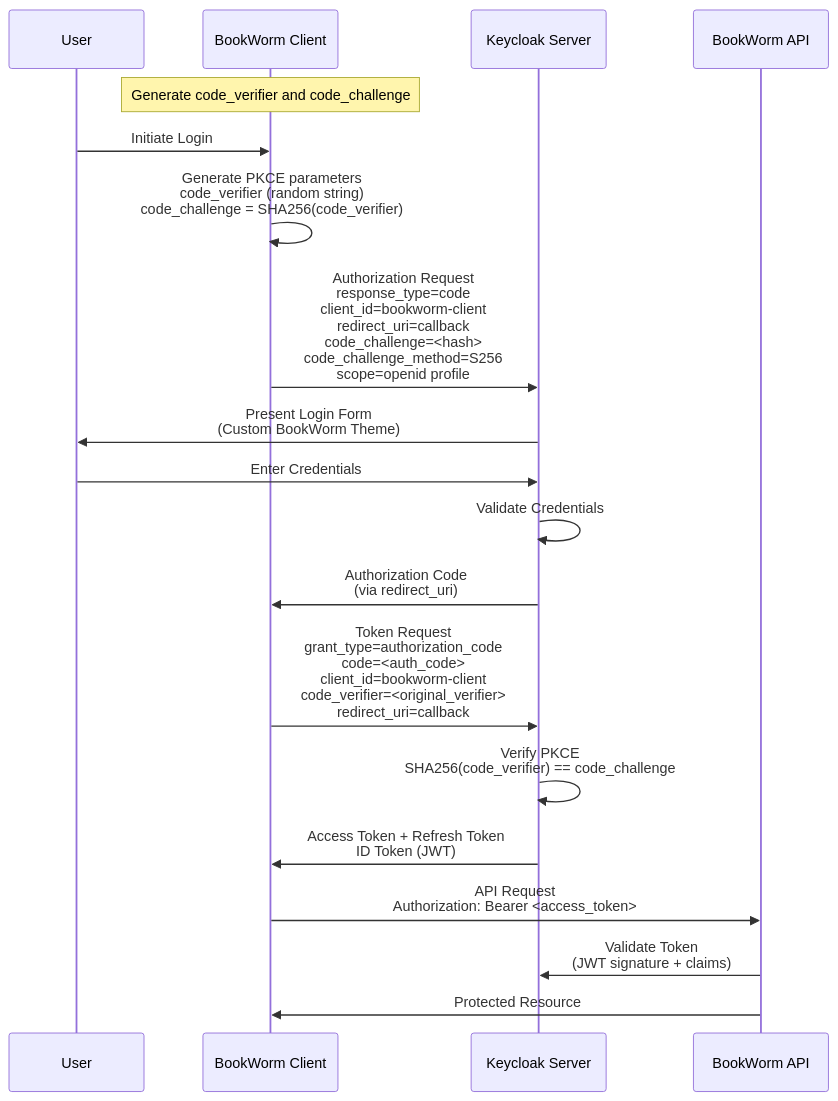
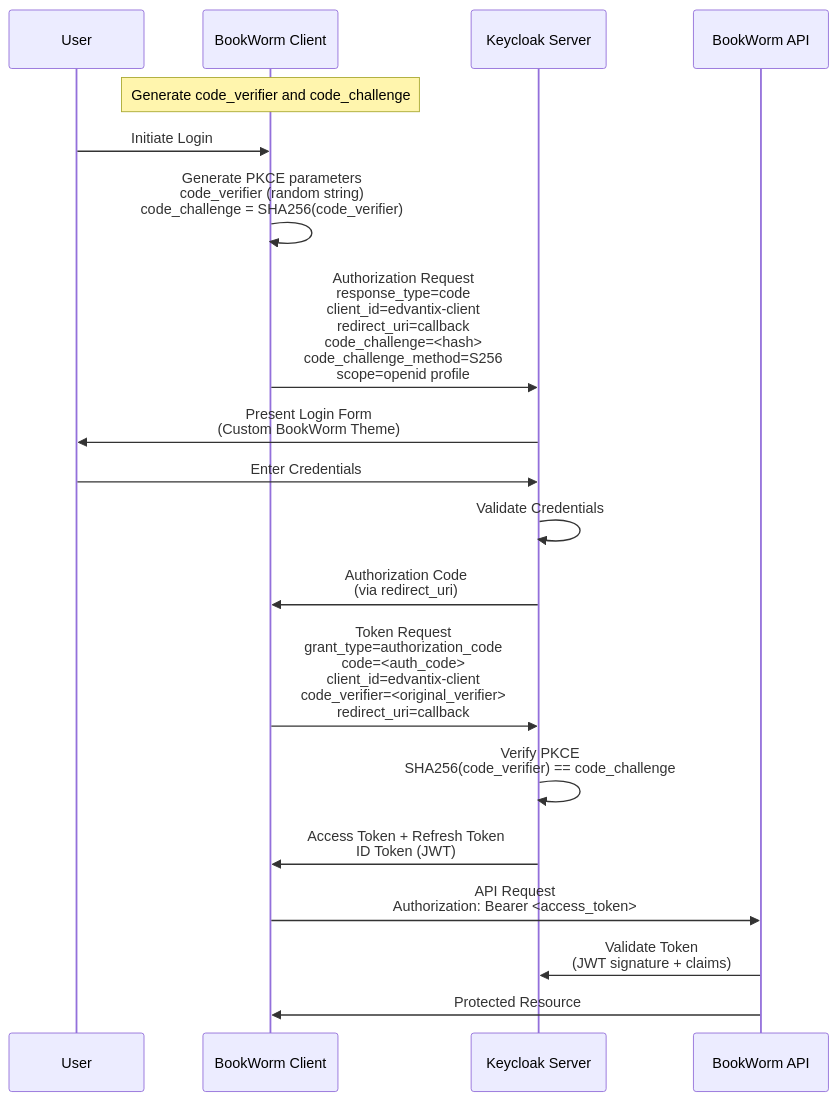
Before and after one commit to horesse/Edvantix: the diagram in docs/docs/06-runtime-view/signin-scenario.mdx, drawn with Mermaid. The commit also changed 54 other files, not shown here.

Commit message:
Замена bookworm на Edvantix

````diff
--- a/docs/docs/06-runtime-view/signin-scenario.mdx
+++ b/docs/docs/06-runtime-view/signin-scenario.mdx
@@ -38,29 +38,29 @@
 ```mermaid
 sequenceDiagram
     participant User as User
     participant Client as BookWorm Client
     participant Keycloak as Keycloak Server
     participant API as BookWorm API
 
     Note over Client: Generate code_verifier and code_challenge
 
     User->>Client: Initiate Login
     Client->>Client: Generate PKCE parameters<br/>code_verifier (random string)<br/>code_challenge = SHA256(code_verifier)
 
-    Client->>Keycloak: Authorization Request<br/>response_type=code<br/>client_id=bookworm-client<br/>redirect_uri=callback<br/>code_challenge=<hash><br/>code_challenge_method=S256<br/>scope=openid profile
+    Client->>Keycloak: Authorization Request<br/>response_type=code<br/>client_id=edvantix-client<br/>redirect_uri=callback<br/>code_challenge=<hash><br/>code_challenge_method=S256<br/>scope=openid profile
 
     Keycloak->>User: Present Login Form<br/>(Custom BookWorm Theme)
     User->>Keycloak: Enter Credentials
 
     Keycloak->>Keycloak: Validate Credentials
     Keycloak->>Client: Authorization Code<br/>(via redirect_uri)
 
-    Client->>Keycloak: Token Request<br/>grant_type=authorization_code<br/>code=<auth_code><br/>client_id=bookworm-client<br/>code_verifier=<original_verifier><br/>redirect_uri=callback
+    Client->>Keycloak: Token Request<br/>grant_type=authorization_code<br/>code=<auth_code><br/>client_id=edvantix-client<br/>code_verifier=<original_verifier><br/>redirect_uri=callback
 
     Keycloak->>Keycloak: Verify PKCE<br/>SHA256(code_verifier) == code_challenge
     Keycloak->>Client: Access Token + Refresh Token<br/>ID Token (JWT)
 
     Client->>API: API Request<br/>Authorization: Bearer <access_token>
     API->>Keycloak: Validate Token<br/>(JWT signature + claims)
     API->>Client: Protected Resource
 ```
````
